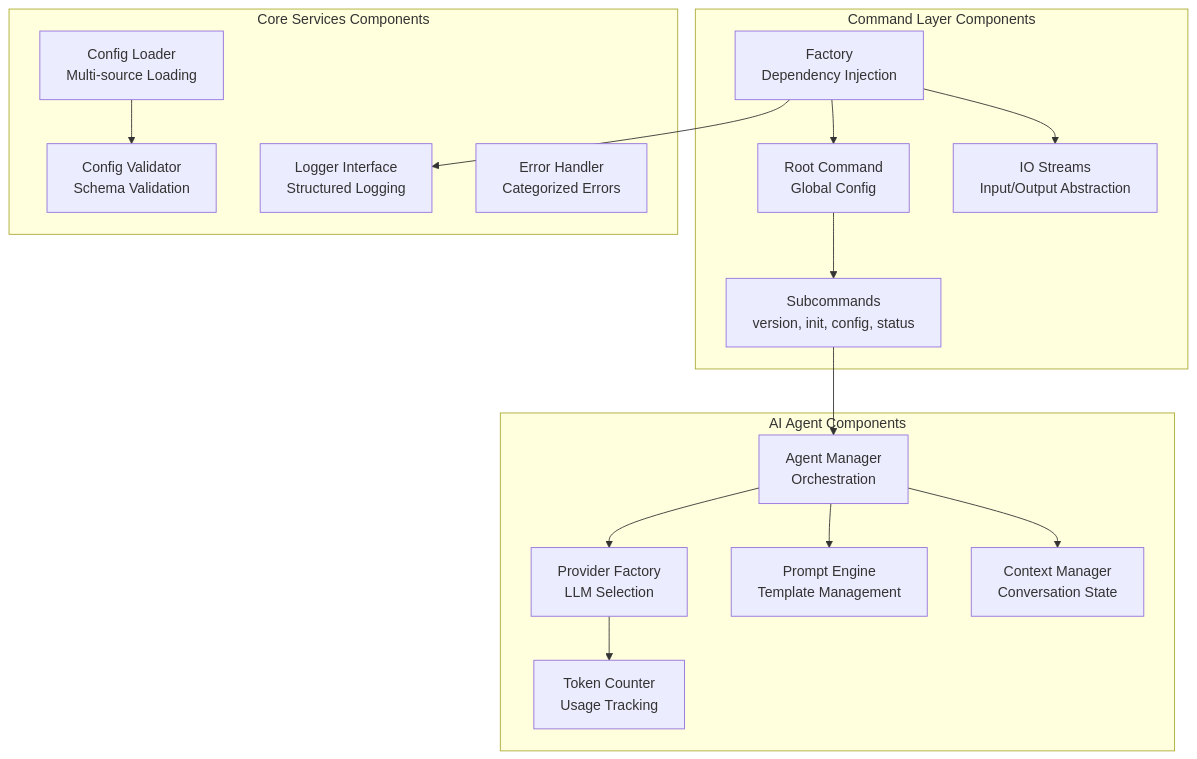
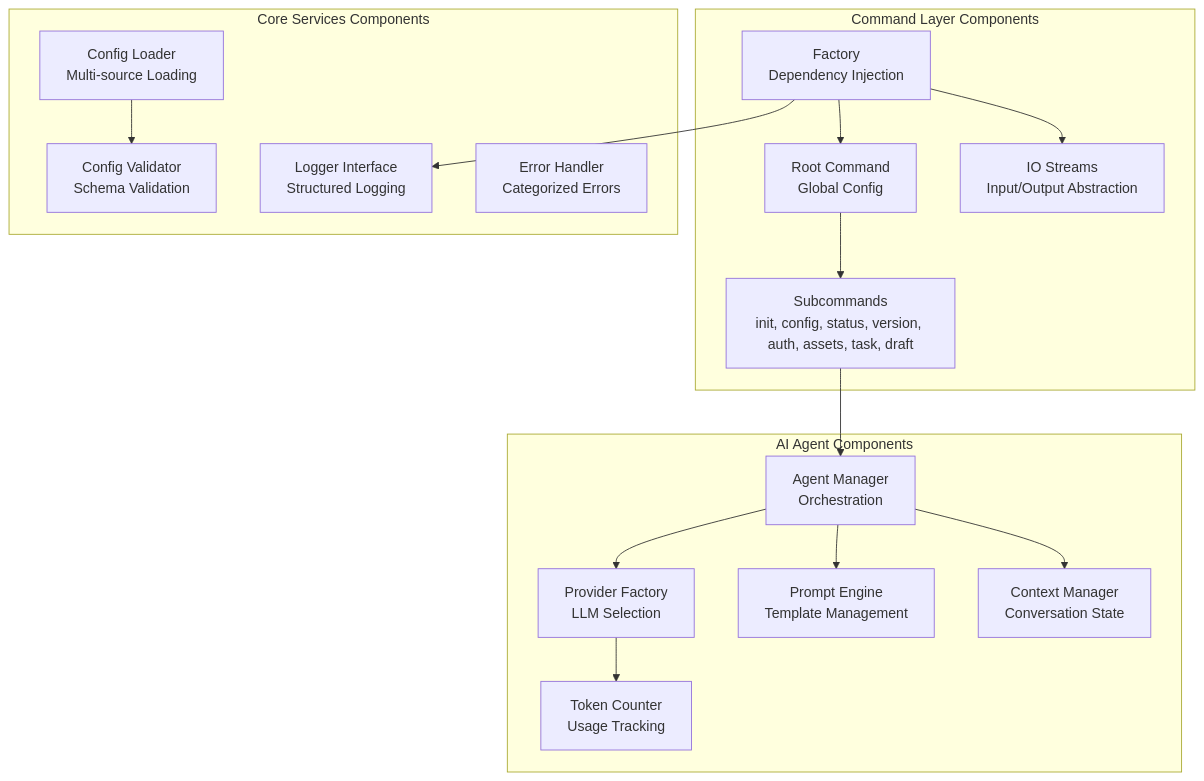
One commit to daddia/zen-cli changed the first of 5 diagrams in docs/architecture/views/components.md. Above: the diagram before and after it, drawn with Mermaid. The commit also changed other lines of this file and 12 other files, not shown here.

````diff
--- a/docs/architecture/views/components.md
+++ b/docs/architecture/views/components.md
@@ -9,37 +9,37 @@
 ```mermaid
 graph TB
     subgraph "Command Layer Components"
         Factory[Factory<br/>Dependency Injection]
         RootCmd[Root Command<br/>Global Config]
-        SubCmds[Subcommands<br/>version, init, config, status]
+        SubCmds[Subcommands<br/>init, config, status, version, auth, assets, task, draft]
         IOStreams[IO Streams<br/>Input/Output Abstraction]
     end
     
     subgraph "Core Services Components"
         ConfigLoader[Config Loader<br/>Multi-source Loading]
         Validator[Config Validator<br/>Schema Validation]
         Logger[Logger Interface<br/>Structured Logging]
         ErrorHandler[Error Handler<br/>Categorized Errors]
     end
     
     subgraph "AI Agent Components"
         AgentManager[Agent Manager<br/>Orchestration]
         ProviderFactory[Provider Factory<br/>LLM Selection]
         PromptEngine[Prompt Engine<br/>Template Management]
         ContextManager[Context Manager<br/>Conversation State]
         TokenCounter[Token Counter<br/>Usage Tracking]
     end
     
     Factory --> RootCmd
     Factory --> IOStreams
     Factory --> Logger
     
     RootCmd --> SubCmds
     SubCmds --> AgentManager
     
     ConfigLoader --> Validator
     AgentManager --> ProviderFactory
     AgentManager --> PromptEngine
     AgentManager --> ContextManager
     ProviderFactory --> TokenCounter
 ```
````
